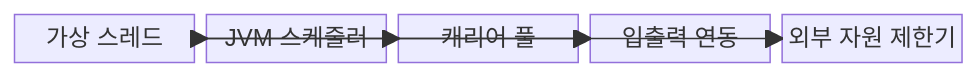
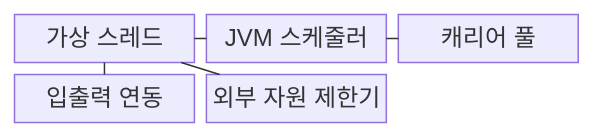
The first of 2 diagrams in src/content/docs/notes/08-latest-tech/167_virtual_thread.md (agnusdei1207/knowledge-base), drawn with Mermaid before and after one commit. The commit also changed other lines of this file and 53 other files, not shown here.

````diff
--- a/src/content/docs/notes/08-latest-tech/167_virtual_thread.md
+++ b/src/content/docs/notes/08-latest-tech/167_virtual_thread.md
@@ -52,13 +52,13 @@
 ```mermaid
 block-beta
-  columns 5
+  columns 3
   A["가상 스레드"]
   B["JVM 스케줄러"]
   C["캐리어 풀"]
   D["입출력 연동"]
   E["외부 자원 제한기"]
-  A --> B
-  B --> C
-  A --> D
-  A --> E
+  A --- B
+  B --- C
+  A --- D
+  A --- E
 ```
````
